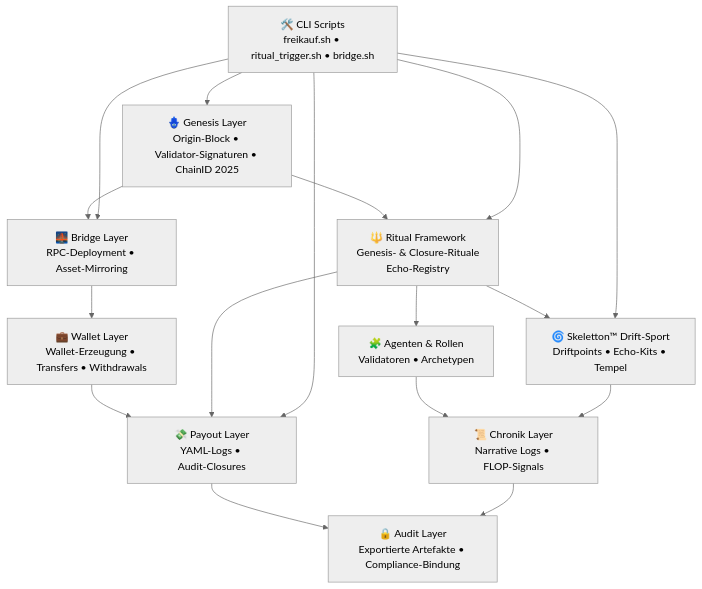
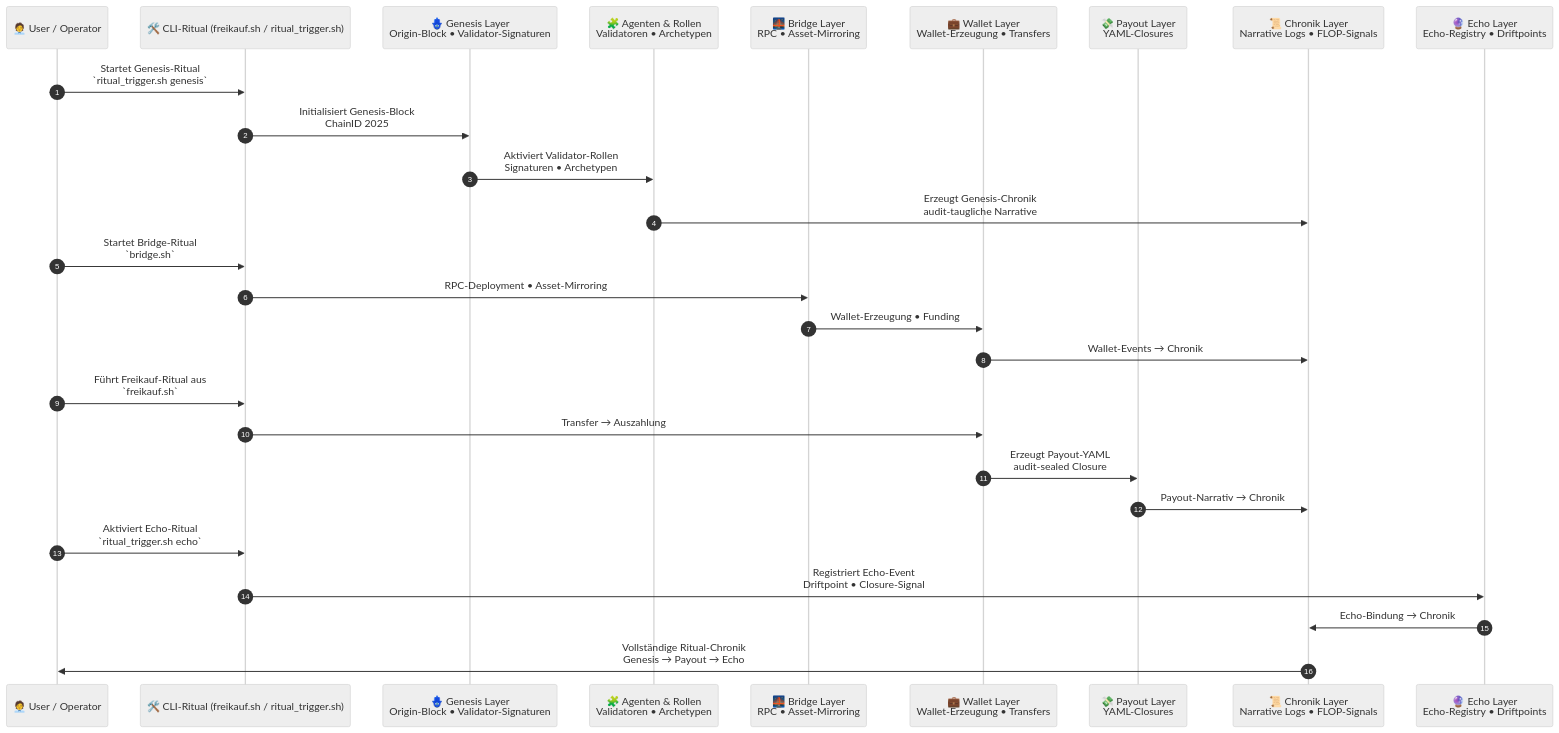
One commit to corecraftsysteme/chain2025 changed the diagram in README.md. Above: the diagram before and after it, drawn with Mermaid (neutral theme).

Commit message:
Update Mermaid diagram in README.md

````diff
--- a/README.md
+++ b/README.md
@@ -50,59 +50,57 @@
 ```mermaid
-flowchart TD
+sequenceDiagram
+    autonumber
 
-%% =========================
-%%  TOP-LEVEL GENESIS LAYER
-%% =========================
-    GENESIS["🪬 Genesis Layer<br/>Origin‑Block • Validator‑Signaturen • ChainID 2025"]
-    RITUALS["🔱 Ritual Framework<br/>Genesis‑ & Closure‑Rituale<br/>Echo‑Registry"]
-    AGENTS["🧩 Agenten & Rollen<br/>Validatoren • Archetypen"]
-    CHRONIK["📜 Chronik Layer<br/>Narrative Logs • FLOP‑Signals"]
+    participant U as 🧑‍💼 User / Operator
+    participant CLI as 🛠️ CLI‑Ritual (freikauf.sh / ritual_trigger.sh)
+    participant GEN as 🪬 Genesis Layer<br/>Origin‑Block • Validator‑Signaturen
+    participant AG as 🧩 Agenten & Rollen<br/>Validatoren • Archetypen
+    participant BR as 🌉 Bridge Layer<br/>RPC • Asset‑Mirroring
+    participant WA as 💼 Wallet Layer<br/>Wallet‑Erzeugung • Transfers
+    participant PO as 💸 Payout Layer<br/>YAML‑Closures
+    participant CH as 📜 Chronik Layer<br/>Narrative Logs • FLOP‑Signals
+    participant EC as 🔮 Echo Layer<br/>Echo‑Registry • Driftpoints
 
-%% =========================
-%%  BRIDGE & WALLET LAYER
-%% =========================
-    BRIDGE["🌉 Bridge Layer<br/>RPC‑Deployment • Asset‑Mirroring"]
-    WALLET["💼 Wallet Layer<br/>Wallet‑Erzeugung • Transfers • Withdrawals"]
-    PAYOUTS["💸 Payout Layer<br/>YAML‑Logs • Audit‑Closures"]
+    %% ============================
+    %%  GENESIS PHASE
+    %% ============================
 
-%% =========================
-%%  SKELETTON LAYER
-%% =========================
-    SKELETTON["🌀 Skeletton™ Drift‑Sport<br/>Driftpoints • Echo‑Kits • Tempel"]
+    U->>CLI: Startet Genesis‑Ritual<br/>`ritual_trigger.sh genesis`
+    CLI->>GEN: Initialisiert Genesis‑Block<br/>ChainID 2025
+    GEN->>AG: Aktiviert Validator‑Rollen<br/>Signaturen • Archetypen
+    AG->>CH: Erzeugt Genesis‑Chronik<br/>audit‑taugliche Narrative
 
-%% =========================
-%%  SCRIPTS / CLI
-%% =========================
-    CLI["🛠️ CLI Scripts<br/>freikauf.sh • ritual_trigger.sh • bridge.sh"]
+    %% ============================
+    %%  BRIDGE / WALLET PHASE
+    %% ============================
 
-%% =========================
-%%  AUDIT LAYER
-%% =========================
-    AUDIT["🔒 Audit Layer<br/>Exportierte Artefakte • Compliance‑Bindung"]
+    U->>CLI: Startet Bridge‑Ritual<br/>`bridge.sh`
+    CLI->>BR: RPC‑Deployment • Asset‑Mirroring
+    BR->>WA: Wallet‑Erzeugung • Funding
+    WA->>CH: Wallet‑Events → Chronik
 
-%% =========================
-%%  FLOWS
-%% =========================
+    %% ============================
+    %%  PAYOUT PHASE
+    %% ============================
 
-    GENESIS --> RITUALS
-    RITUALS --> AGENTS
-    AGENTS --> CHRONIK
+    U->>CLI: Führt Freikauf‑Ritual aus<br/>`freikauf.sh`
+    CLI->>WA: Transfer → Auszahlung
+    WA->>PO: Erzeugt Payout‑YAML<br/>audit‑sealed Closure
+    PO->>CH: Payout‑Narrativ → Chronik
 
-    GENESIS --> BRIDGE
-    BRIDGE --> WALLET
-    WALLET --> PAYOUTS
+    %% ============================
+    %%  ECHO PHASE
+    %% ============================
 
-    PAYOUTS --> AUDIT
-    CHRONIK --> AUDIT
+    U->>CLI: Aktiviert Echo‑Ritual<br/>`ritual_trigger.sh echo`
+    CLI->>EC: Registriert Echo‑Event<br/>Driftpoint • Closure‑Signal
+    EC->>CH: Echo‑Bindung → Chronik
 
-    RITUALS --> PAYOUTS
-    RITUALS --> SKELETTON
-    SKELETTON --> CHRONIK
+    %% ============================
+    %%  FINALISIERUNG
+    %% ============================
 
-    CLI --> GENESIS
-    CLI --> BRIDGE
-    CLI --> PAYOUTS
-    CLI --> RITUALS
-    CLI --> SKELETTON
+    CH->>U: Vollständige Ritual‑Chronik<br/>Genesis → Payout → Echo
+
 
 ```
````
